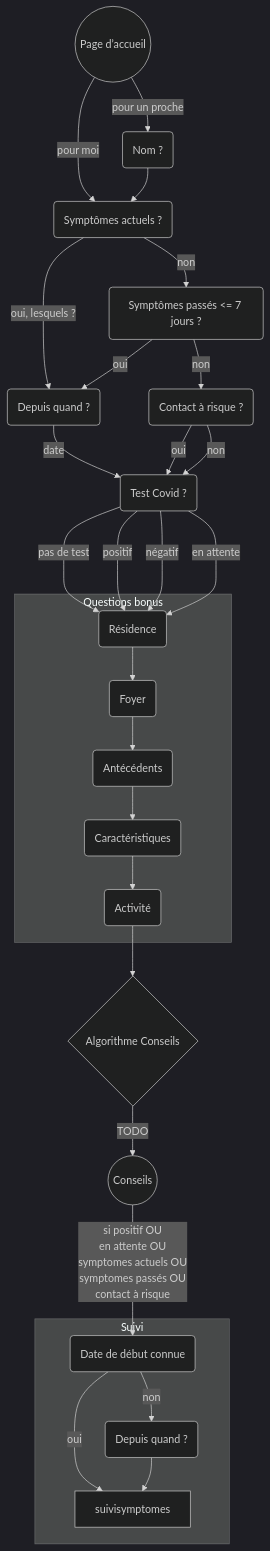
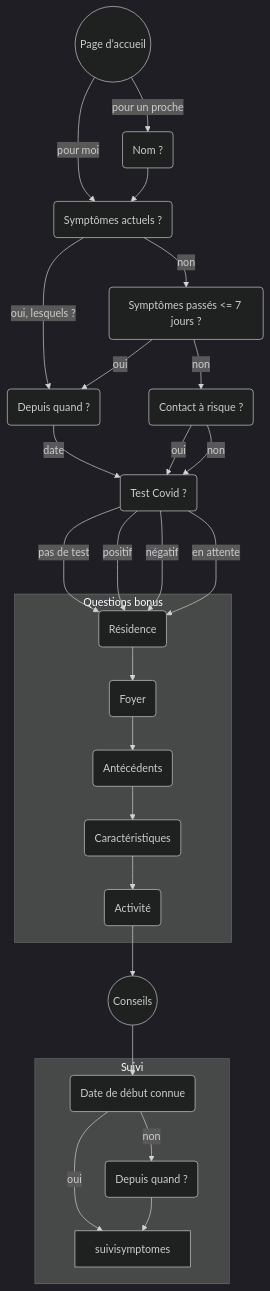
One commit to Delegation-numerique-en-sante/mesconseilscovid changed the diagram in diagrammes/parcours-symptomes-first.mermaid. Above: the diagram before and after it, drawn with Mermaid (dark theme).

Commit message:
Mise à jour diagramme parcours "symptomes first"

```diff
--- a/diagrammes/parcours-symptomes-first.mermaid
+++ b/diagrammes/parcours-symptomes-first.mermaid
@@ -1,49 +1,43 @@
 graph TD
     introduction(("Page d’accueil")) -->|pour moi| symptomesactuels
     introduction(("Page d’accueil")) -->|pour un proche| nom
 
     nom("Nom ?") --> symptomesactuels
 
     symptomesactuels("Symptômes actuels ?")
     symptomesactuels -->|"oui, lesquels ?"| debutsymptomes
     symptomesactuels -->|non| symptomespasses
 
     symptomespasses("Symptômes passés <= 7 jours ?")
     symptomespasses -->|oui| debutsymptomes
     symptomespasses -->|non| contactarisque
 
     debutsymptomes("Depuis quand ?")
     debutsymptomes -->|date| depistage
 
     contactarisque("Contact à risque ?")
     contactarisque -->|oui| depistage
     contactarisque -->|non| depistage
 
     depistage("Test Covid ?")
     depistage --->|pas de test| residence
     depistage --->|positif| residence
     depistage --->|négatif| residence
     depistage --->|en attente| residence
 
     subgraph Questions bonus
-    residence("Résidence") --> foyer("Foyer") --> antecedents("Antécédents") --> caracteristiques("Caractéristiques") --> activitepro("Activité")
+        residence("Résidence") --> foyer("Foyer") --> antecedents("Antécédents") --> caracteristiques("Caractéristiques") --> activitepro("Activité")
     end
 
-    activitepro --> algorithmeconseils
+    activitepro --> conseils(("Conseils"))
 
-    algorithmeconseils{Algorithme Conseils}
-
-    algorithmeconseils -->|TODO| conseils(("Conseils"))
-
-    conseils -->|"si positif OU<br> en attente OU<br> symptomes actuels OU<br> symptomes passés OU<br> contact à risque"|debutconnu
-
-    debutconnu("Date de début connue")
+    conseils --> debutconnu
 
     subgraph Suivi
-        debutsymptomes2("Depuis quand ?")
+        debutconnu("Date de début connue")
         debutconnu -->|oui| suivisymptomes
         debutconnu -->|non| debutsymptomes2
+
+        debutsymptomes2("Depuis quand ?")
         debutsymptomes2 --> suivisymptomes
     end
-
-    %% suivisymptomes("Évolution des symptômes (suivi)") --> conseils
```
